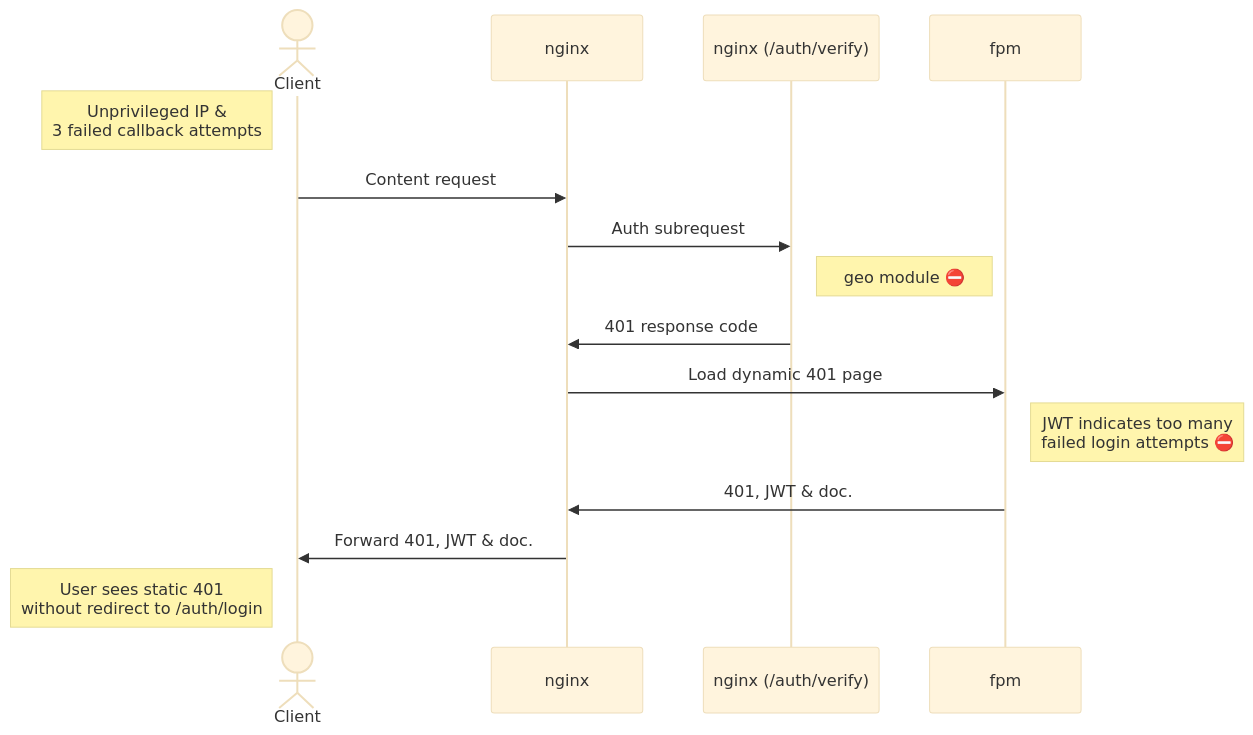
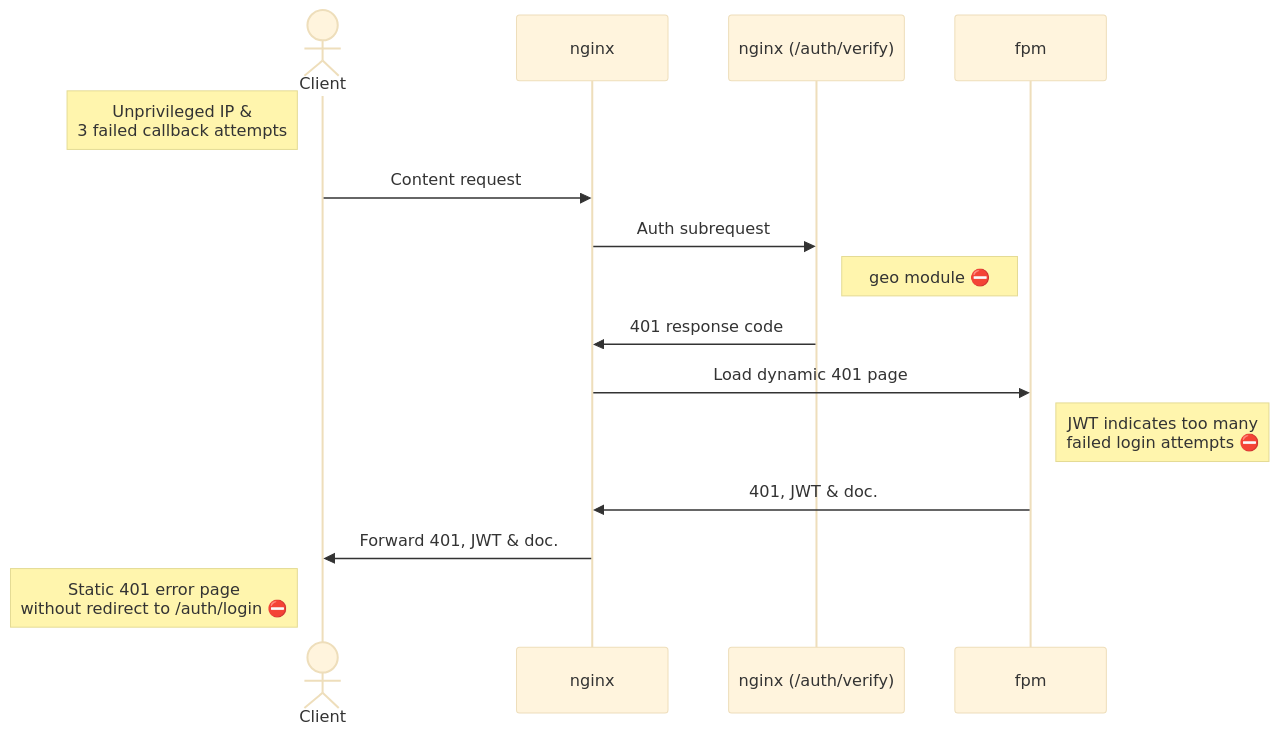
The seventh of 7 diagrams in .github/README.md (ministryofjustice/intranet), drawn with Mermaid (base theme) before and after one commit.

````diff
--- a/.github/README.md
+++ b/.github/README.md
@@ -516,14 +516,14 @@
 ```mermaid
 sequenceDiagram
     actor Client
     Note left of Client: Unprivileged IP &<br/>3 failed callback attempts
     Client->>nginx: Content request
     nginx->>nginx (/auth/verify): Auth subrequest
     Note right of nginx (/auth/verify): geo module ⛔️
     nginx (/auth/verify)->>nginx: 401 response code
     nginx->>fpm: Load dynamic 401 page
     Note right of fpm: JWT indicates too many<br/>failed login attempts  ⛔️
     fpm->>nginx: 401, JWT & doc.
     nginx->>Client: Forward 401, JWT & doc.
-    Note left of Client: User sees static 401<br/>without redirect to /auth/login
+    Note left of Client: Static 401 error page<br/>without redirect to /auth/login ⛔️
 ```
````
